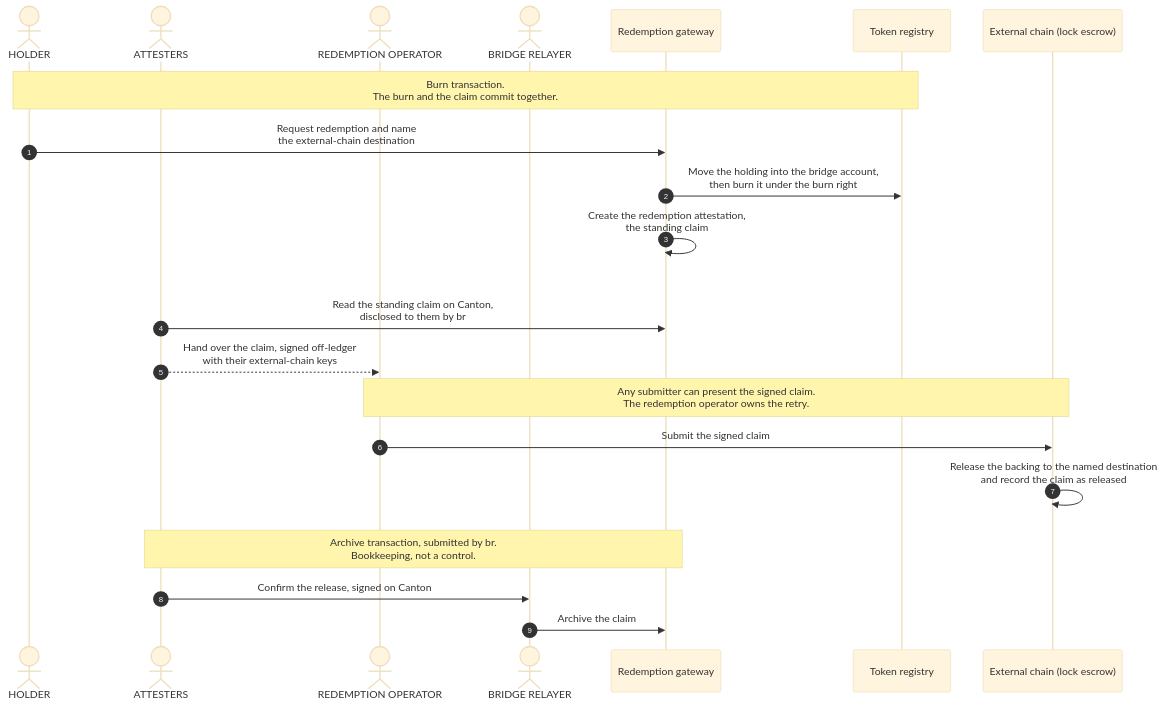
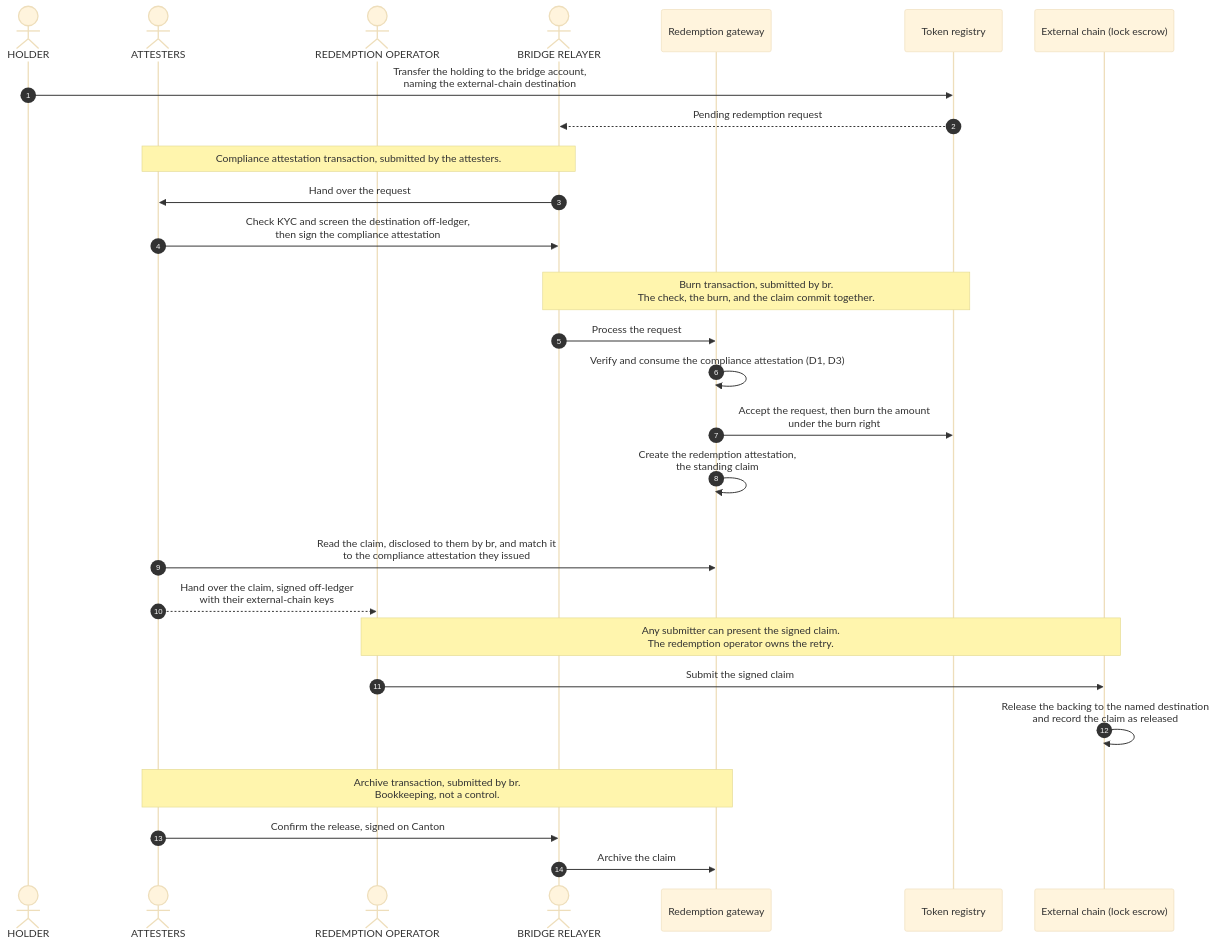
One commit to OpenZeppelin/canton-specs changed the third of 3 diagrams in docs/reference-architectures/cross-chain-stablecoin.md. Above: the diagram before and after it, drawn with Mermaid (base theme). The commit also changed other lines of this file, not shown here.

Commit message:
Move D3 KYC into attester backend, gate redemption on compliance, add freeze hold, pause role grant, and D4 handover rules

````diff
--- a/docs/reference-architectures/cross-chain-stablecoin.md
+++ b/docs/reference-architectures/cross-chain-stablecoin.md
@@ -661,28 +662,36 @@
 ```mermaid
 sequenceDiagram
     autonumber
     actor Holder as HOLDER
     actor Attesters as ATTESTERS
     actor Operator as REDEMPTION OPERATOR
     actor Relayer as BRIDGE RELAYER
     participant Redeem as Redemption gateway
     participant Registry as Token registry
     participant Chain as External chain (lock escrow)
 
+    Holder->>Registry: Transfer the holding to the bridge account,<br/>naming the external-chain destination
+    Registry-->>Relayer: Pending redemption request
     rect rgba(255, 255, 255, .1)
-        Note over Holder,Registry: Burn transaction.<br/>The burn and the claim commit together.
-        Holder->>Redeem: Request redemption and name<br/>the external-chain destination
-        Redeem->>Registry: Move the holding into the bridge account,<br/>then burn it under the burn right
+        Note over Attesters,Relayer: Compliance attestation transaction, submitted by the attesters.
+        Relayer->>Attesters: Hand over the request
+        Attesters->>Relayer: Check KYC and screen the destination off-ledger,<br/>then sign the compliance attestation
+    end
+    rect rgba(255, 255, 255, .1)
+        Note over Relayer,Registry: Burn transaction, submitted by br.<br/>The check, the burn, and the claim commit together.
+        Relayer->>Redeem: Process the request
+        Redeem->>Redeem: Verify and consume the compliance attestation (D1, D3)
+        Redeem->>Registry: Accept the request, then burn the amount<br/>under the burn right
         Redeem->>Redeem: Create the redemption attestation,<br/>the standing claim
     end
-    Attesters->>Redeem: Read the standing claim on Canton,<br/>disclosed to them by br
+    Attesters->>Redeem: Read the claim, disclosed to them by br, and match it<br/>to the compliance attestation they issued
     Attesters-->>Operator: Hand over the claim, signed off-ledger<br/>with their external-chain keys
     Note over Operator,Chain: Any submitter can present the signed claim.<br/>The redemption operator owns the retry.
     Operator->>Chain: Submit the signed claim
     Chain->>Chain: Release the backing to the named destination<br/>and record the claim as released
     rect rgba(255, 255, 255, .1)
         Note over Attesters,Redeem: Archive transaction, submitted by br.<br/>Bookkeeping, not a control.
         Attesters->>Relayer: Confirm the release, signed on Canton
         Relayer->>Redeem: Archive the claim
     end
 ```
````
